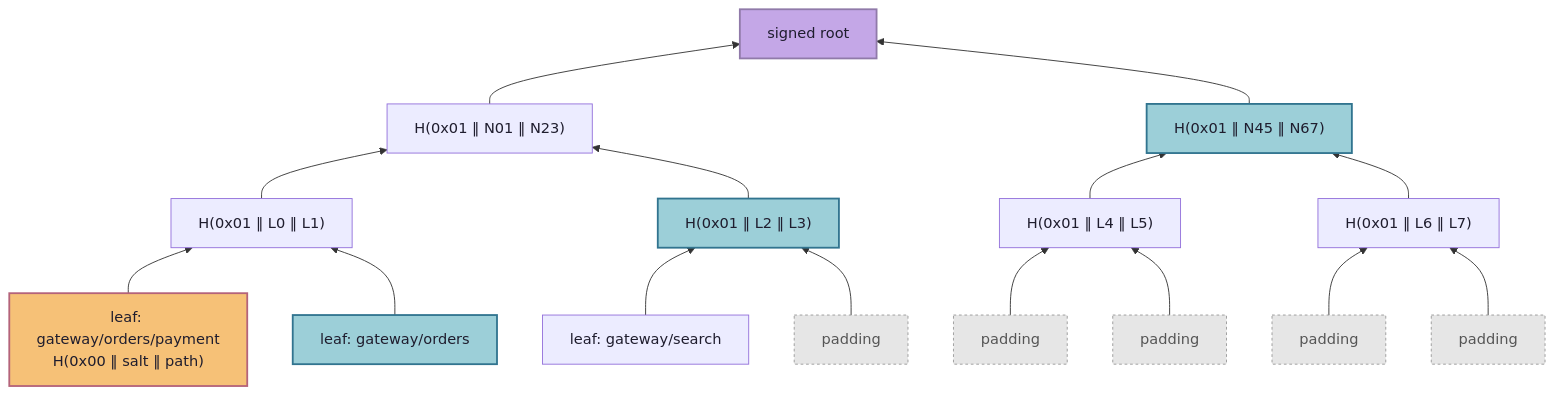
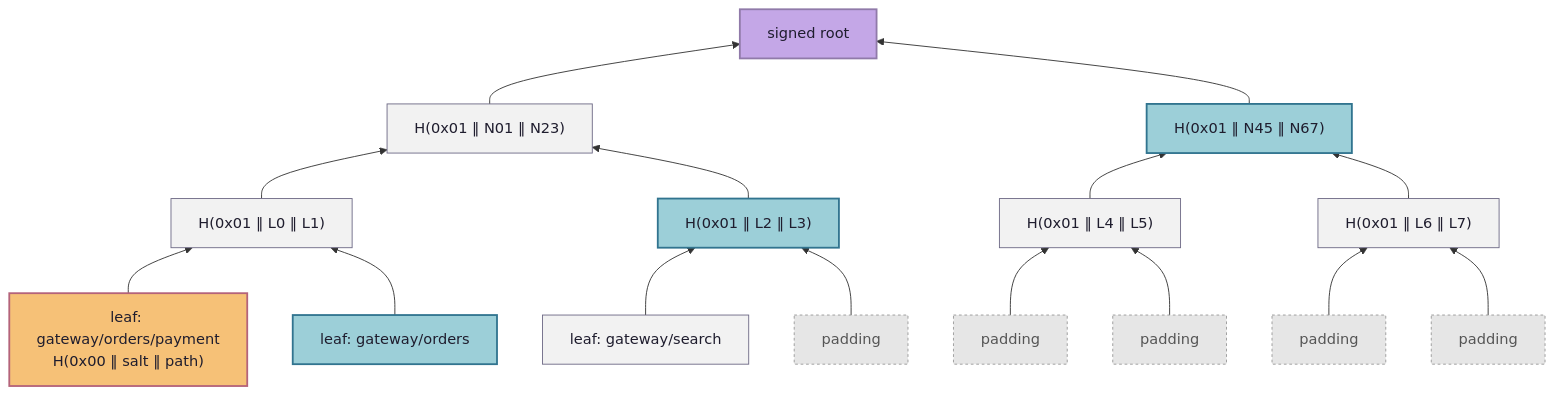
The second of 2 diagrams in README.md (dumbsly/paztport), drawn with Mermaid before and after one commit. The commit also changed 1 other file, not shown here.

Commit message:
docs: give every node in the classed Mermaid diagrams a class, so dark mode shows their text
In the Merkle tree and the Java mesh's two decision flowcharts, the nodes
with no class of their own drew dark text on a dark fill under GitHub's
dark theme. A plain class, light fill and dark text, now covers them;
the tree's siblings get the same dark text as the other classed nodes.

````diff
--- a/README.md
+++ b/README.md
@@ -321,42 +321,44 @@
 ```mermaid
 graph BT
     L0["leaf: gateway/orders/payment<br/>H(0x00 ‖ salt ‖ path)"]
     L1["leaf: gateway/orders"]
     L2["leaf: gateway/search"]
     L3["padding"]
     L4["padding"]
     L5["padding"]
     L6["padding"]
     L7["padding"]
     N01["H(0x01 ‖ L0 ‖ L1)"]
     N23["H(0x01 ‖ L2 ‖ L3)"]
     N45["H(0x01 ‖ L4 ‖ L5)"]
     N67["H(0x01 ‖ L6 ‖ L7)"]
     N03["H(0x01 ‖ N01 ‖ N23)"]
     N47["H(0x01 ‖ N45 ‖ N67)"]
     ROOT["signed root"]
 
     L0 --> N01
     L1 --> N01
     L2 --> N23
     L3 --> N23
     L4 --> N45
     L5 --> N45
     L6 --> N67
     L7 --> N67
     N01 --> N03
     N23 --> N03
     N45 --> N47
     N67 --> N47
     N03 --> ROOT
     N47 --> ROOT
 
     classDef target fill:#f6c177,stroke:#b4637a,color:#1f1d2e,stroke-width:2px
+    classDef plain fill:#f2f2f2,stroke:#6e6a86,color:#1f1d2e,stroke-width:1px
     classDef sibling fill:#9ccfd8,stroke:#31748f,color:#1f1d2e,stroke-width:2px
     classDef pad fill:#e6e6e6,stroke:#999999,color:#555555,stroke-dasharray: 3 3
     classDef root fill:#c4a7e7,stroke:#907aa9,color:#1f1d2e,stroke-width:2px
     class L0 target
     class L1,N23,N47 sibling
     class L3,L4,L5,L6,L7 pad
     class ROOT root
+    class L2,N01,N45,N67,N03 plain
 ```
````
